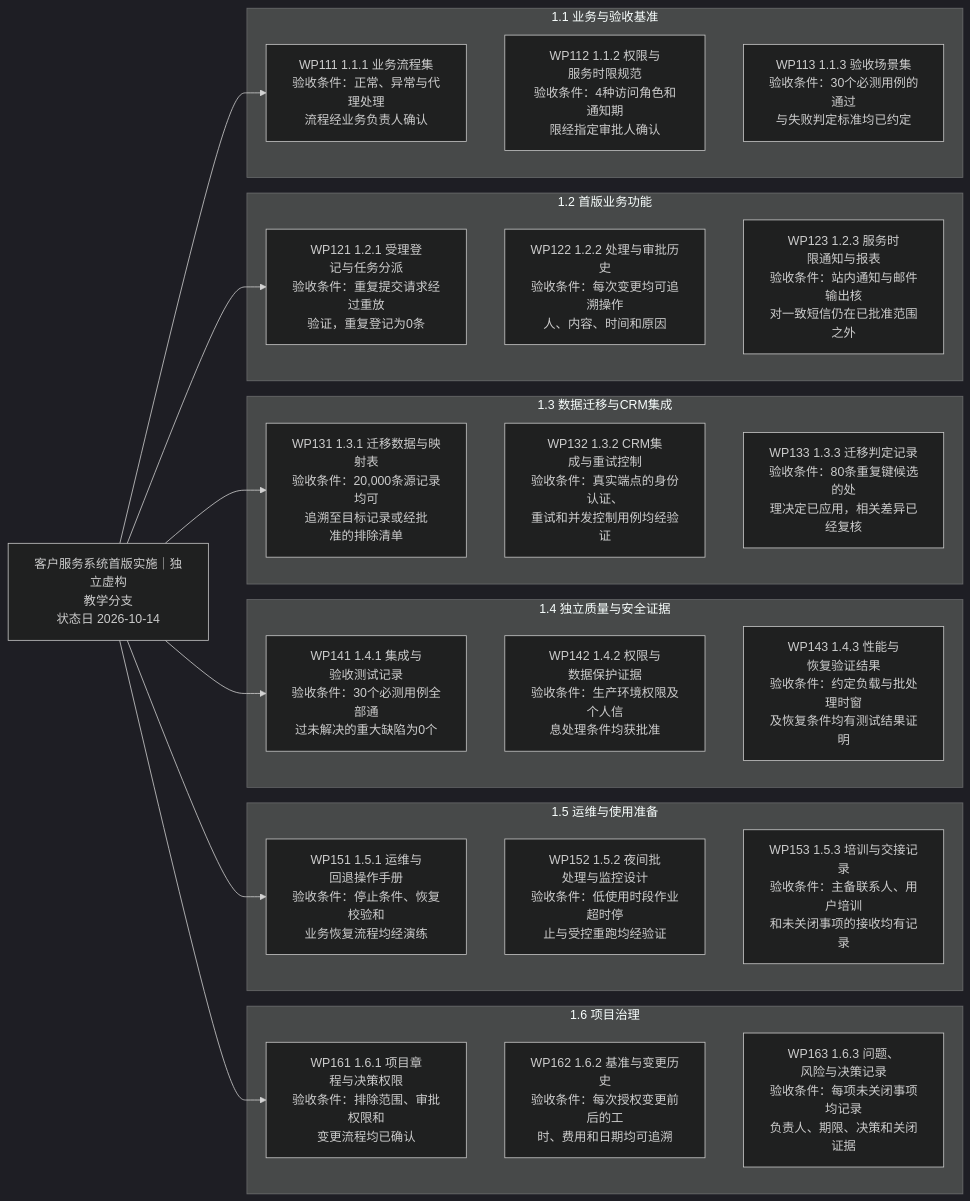
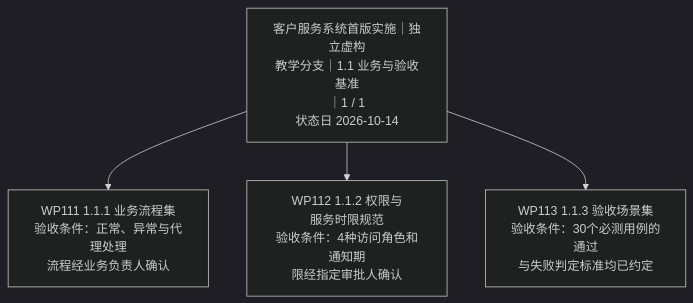
The diagram in docs/assets/pm-update-zh-CN/initial/sources/wbs.mmd (dfzzq719/kobo-diagrams), drawn with Mermaid (dark theme) before and after one commit. The commit also changed 242 other files, not shown here.

Commit message:
fix: make PM diagrams scalable and diagnose render failures

```diff
--- a/docs/assets/pm-update-zh-CN/initial/sources/wbs.mmd
+++ b/docs/assets/pm-update-zh-CN/initial/sources/wbs.mmd
@@ -1,51 +1,9 @@
-flowchart LR
-  P["客户服务系统首版实施｜独立虚构<br/>教学分支<br/>状态日 2026-10-14"]:::anchor
+flowchart TB
+  P["客户服务系统首版实施｜独立虚构<br/>教学分支｜1.1 业务与验收基准<br/>｜1 / 1<br/>状态日 2026-10-14"]:::anchor
   %% 包含关系，不表示依赖；验收条件不代表已完成。
-  subgraph G1["1.6 项目治理"]
-    T16["WP161 1.6.1 项目章<br/>程与决策权限<br/>验收条件：排除范围、审批权限和<br/>变更流程均已确认"]:::normal
-    T17["WP162 1.6.2 基准与变更历史<br/>验收条件：每次授权变更前后的工<br/>时、费用和日期均可追溯"]:::normal
-    T18["WP163 1.6.3 问题、<br/>风险与决策记录<br/>验收条件：每项未关闭事项均记录<br/>负责人、期限、决策和关闭证据"]:::normal
-  end
-  P --> T16
-  T16 ~~~ T17
-  T17 ~~~ T18
-  subgraph G2["1.5 运维与使用准备"]
-    T13["WP151 1.5.1 运维与<br/>回退操作手册<br/>验收条件：停止条件、恢复校验和<br/>业务恢复流程均经演练"]:::normal
-    T14["WP152 1.5.2 夜间批<br/>处理与监控设计<br/>验收条件：低使用时段作业超时停<br/>止与受控重跑均经验证"]:::normal
-    T15["WP153 1.5.3 培训与交接记录<br/>验收条件：主备联系人、用户培训<br/>和未关闭事项的接收均有记录"]:::normal
-  end
-  P --> T13
-  T13 ~~~ T14
-  T14 ~~~ T15
-  subgraph G3["1.4 独立质量与安全证据"]
-    T10["WP141 1.4.1 集成与<br/>验收测试记录<br/>验收条件：30个必测用例全部通<br/>过未解决的重大缺陷为0个"]:::normal
-    T11["WP142 1.4.2 权限与<br/>数据保护证据<br/>验收条件：生产环境权限及个人信<br/>息处理条件均获批准"]:::normal
-    T12["WP143 1.4.3 性能与<br/>恢复验证结果<br/>验收条件：约定负载与批处理时窗<br/>及恢复条件均有测试结果证明"]:::normal
-  end
-  P --> T10
-  T10 ~~~ T11
-  T11 ~~~ T12
-  subgraph G4["1.3 数据迁移与CRM集成"]
-    T7["WP131 1.3.1 迁移数据与映射表<br/>验收条件：20,000条源记录均可<br/>追溯至目标记录或经批<br/>准的排除清单"]:::normal
-    T8["WP132 1.3.2 CRM集<br/>成与重试控制<br/>验收条件：真实端点的身份认证、<br/>重试和并发控制用例均经验证"]:::normal
-    T9["WP133 1.3.3 迁移判定记录<br/>验收条件：80条重复键候选的处<br/>理决定已应用，相关差异已经复核"]:::normal
-  end
-  P --> T7
-  T7 ~~~ T8
-  T8 ~~~ T9
-  subgraph G5["1.2 首版业务功能"]
-    T4["WP121 1.2.1 受理登<br/>记与任务分派<br/>验收条件：重复提交请求经过重放<br/>验证，重复登记为0条"]:::normal
-    T5["WP122 1.2.2 处理与审批历史<br/>验收条件：每次变更均可追溯操作<br/>人、内容、时间和原因"]:::normal
-    T6["WP123 1.2.3 服务时<br/>限通知与报表<br/>验收条件：站内通知与邮件输出核<br/>对一致短信仍在已批准范围之外"]:::normal
-  end
-  P --> T4
-  T4 ~~~ T5
-  T5 ~~~ T6
-  subgraph G6["1.1 业务与验收基准"]
     T1["WP111 1.1.1 业务流程集<br/>验收条件：正常、异常与代理处理<br/>流程经业务负责人确认"]:::normal
     T2["WP112 1.1.2 权限与<br/>服务时限规范<br/>验收条件：4种访问角色和通知期<br/>限经指定审批人确认"]:::normal
     T3["WP113 1.1.3 验收场景集<br/>验收条件：30个必测用例的通过<br/>与失败判定标准均已约定"]:::normal
-  end
   P --> T1
-  T1 ~~~ T2
-  T2 ~~~ T3
+  P --> T2
+  P --> T3
```
